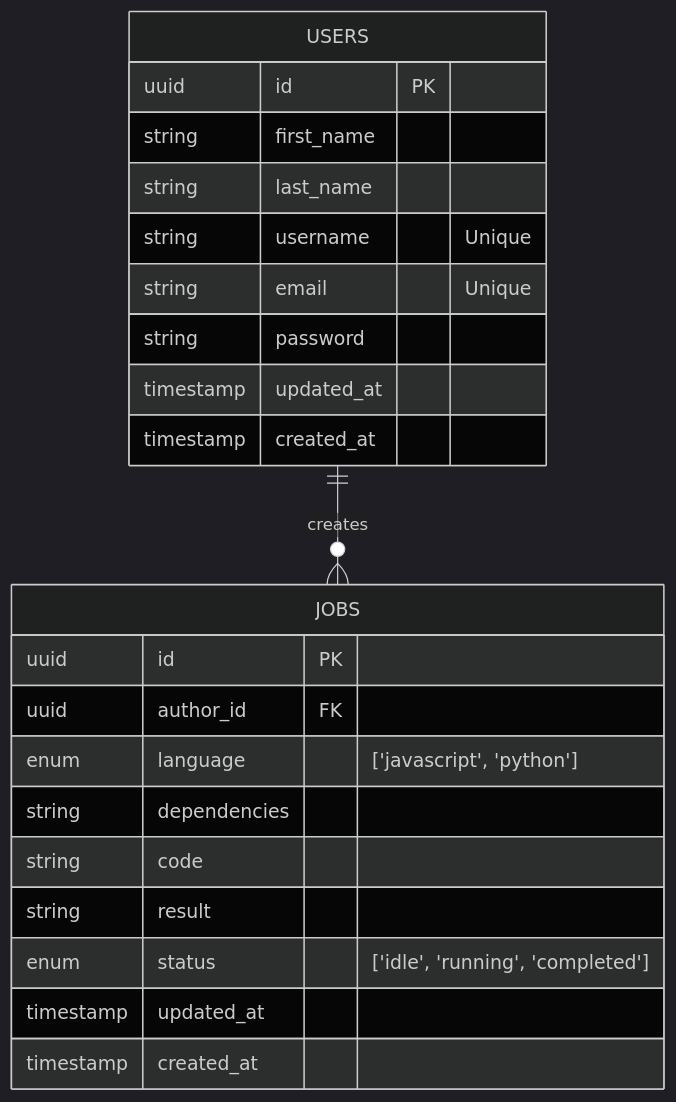
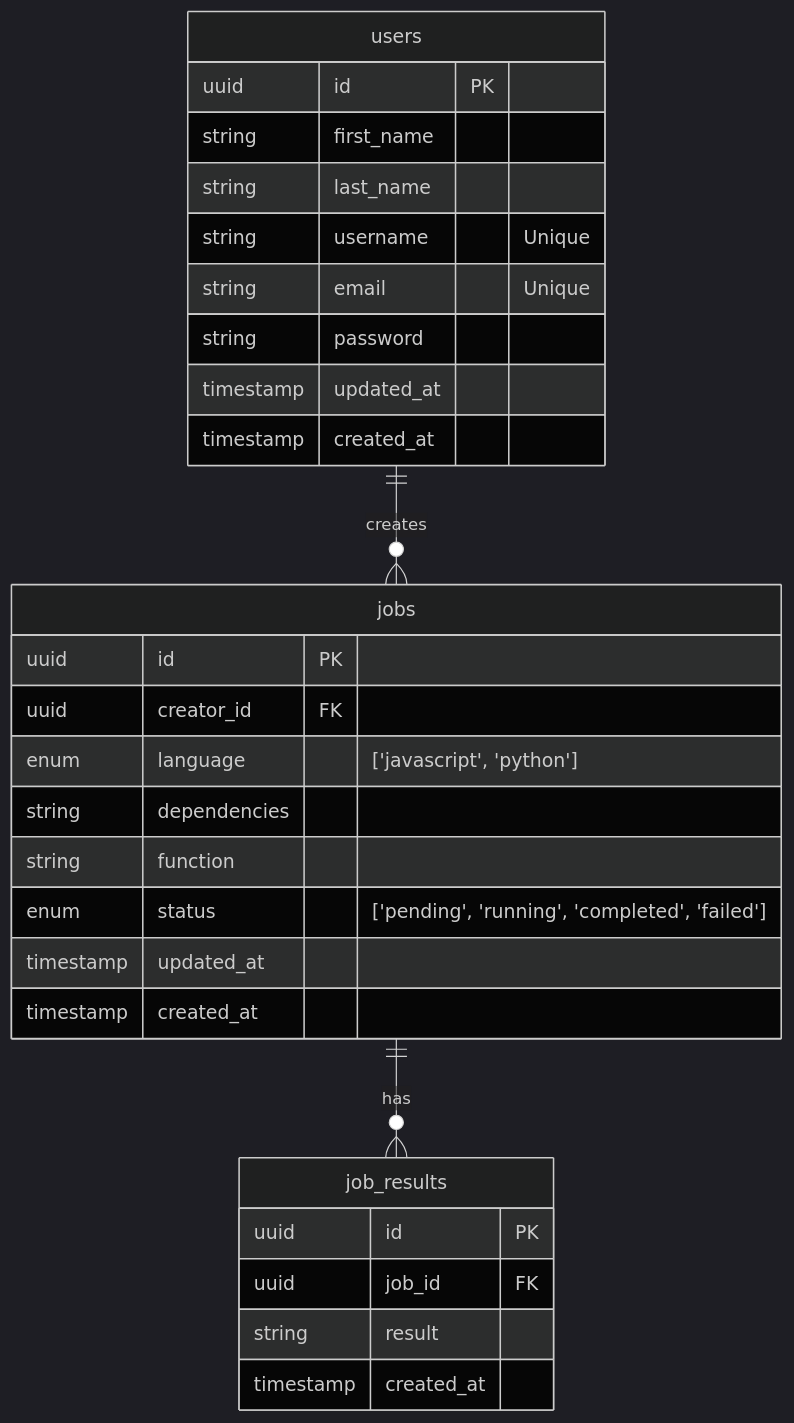
The diagram in README.md (luisync/Job-Queue), drawn with Mermaid (dark theme) before and after one commit.

Commit message:
Updated database diagram to include the job_results table.

````diff
--- a/README.md
+++ b/README.md
@@ -13,25 +13,31 @@
 ```mermaid
 erDiagram
-  USERS ||--o{ JOBS : creates
-  USERS {
+  users ||--o{ jobs : creates
+  users {
       uuid id PK
       string first_name
       string last_name
       string username "Unique"
       string email "Unique"
       string password
       timestamp updated_at
       timestamp created_at
   }
-  JOBS {
+  jobs ||--o{ job_results : has
+  jobs {
       uuid id PK
-      uuid author_id FK
+      uuid creator_id FK
       enum language "['javascript', 'python']"
       string dependencies
-      string code
-      string result
-      enum status "['idle', 'running', 'completed']"
+      string function
+      enum status "['pending', 'running', 'completed', 'failed']"
       timestamp updated_at
       timestamp created_at
   }
+  job_results {
+      uuid id PK
+      uuid job_id FK
+      string result
+      timestamp created_at
+  }
 ```
````
